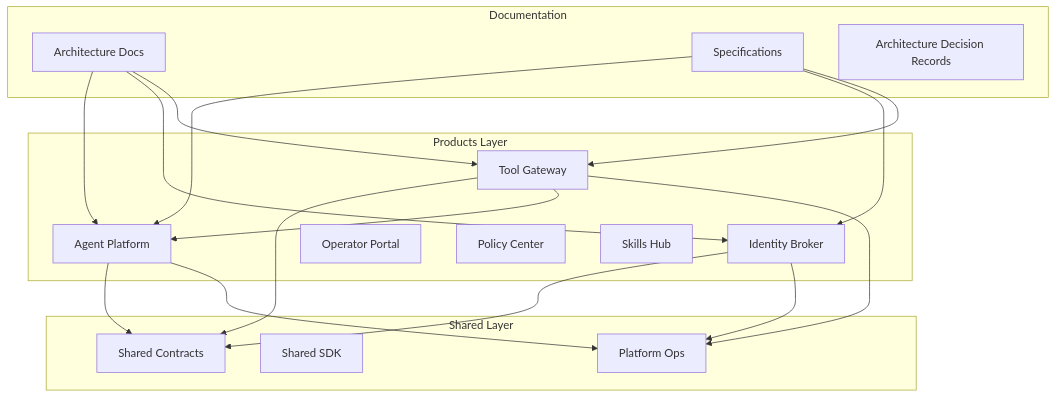
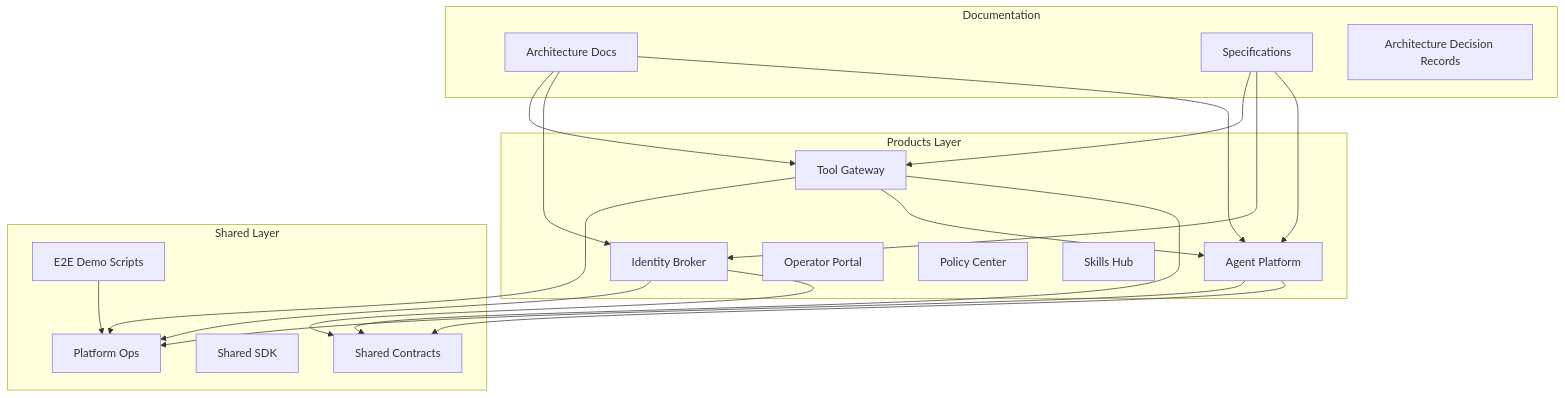
One commit to metasync/luban-aiops changed the first of 5 diagrams in .qoder/repowiki/en/content/Developer Guide.md. Above: the diagram before and after it, drawn with Mermaid. The commit also changed other lines of this file and 43 other files, not shown here.

````diff
--- a/.qoder/repowiki/en/content/Developer Guide.md
+++ b/.qoder/repowiki/en/content/Developer Guide.md
@@ -55,34 +69,36 @@
 ```mermaid
 graph TB
 subgraph "Products Layer"
 AP["Agent Platform"]
 IB["Identity Broker"]
 TG["Tool Gateway"]
 OP["Operator Portal"]
 PC["Policy Center"]
 SH["Skills Hub"]
 end
 subgraph "Shared Layer"
 SC["Shared Contracts"]
 SDK["Shared SDK"]
 OPS["Platform Ops"]
+E2E["E2E Demo Scripts"]
 end
 subgraph "Documentation"
 DOC["Architecture Docs"]
 SPEC["Specifications"]
 ADR["Architecture Decision Records"]
 end
 AP --> SC
 IB --> SC
 TG --> SC
 TG --> AP
 AP --> OPS
 IB --> OPS
 TG --> OPS
+E2E --> OPS
 DOC --> AP
 DOC --> IB
 DOC --> TG
 SPEC --> AP
 SPEC --> IB
 SPEC --> TG
 ```
````
